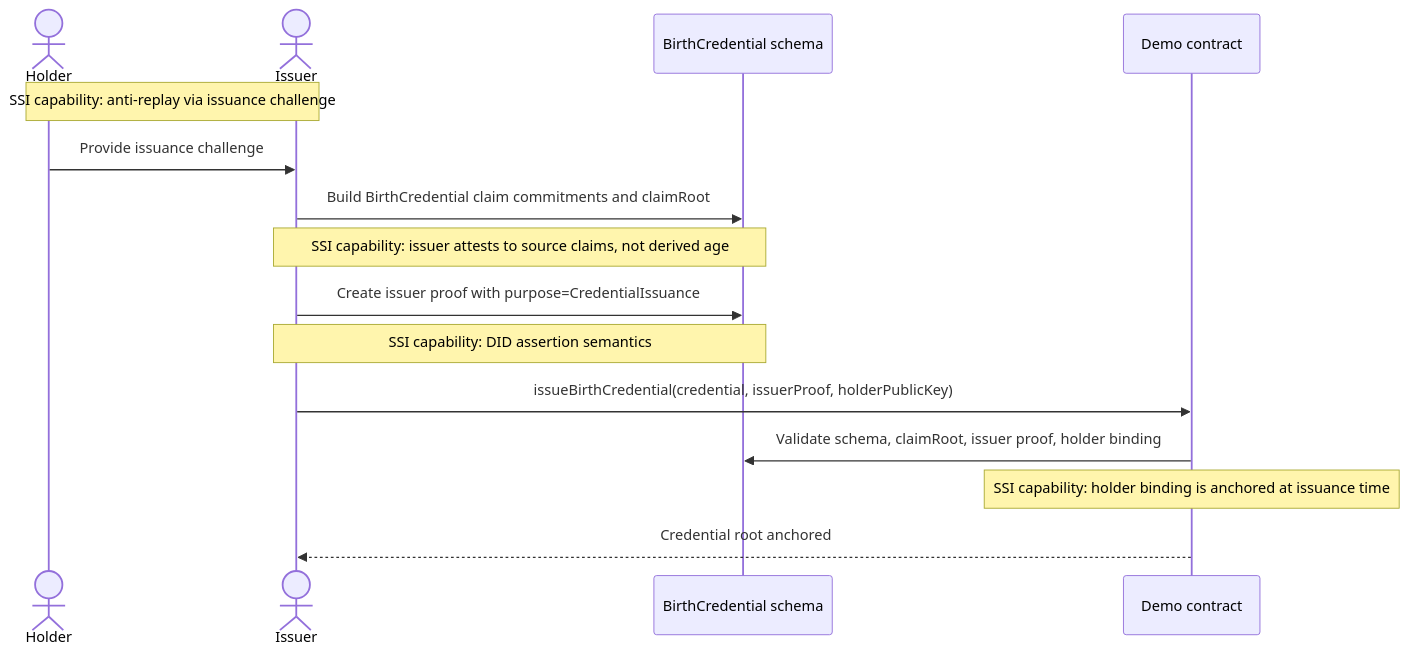
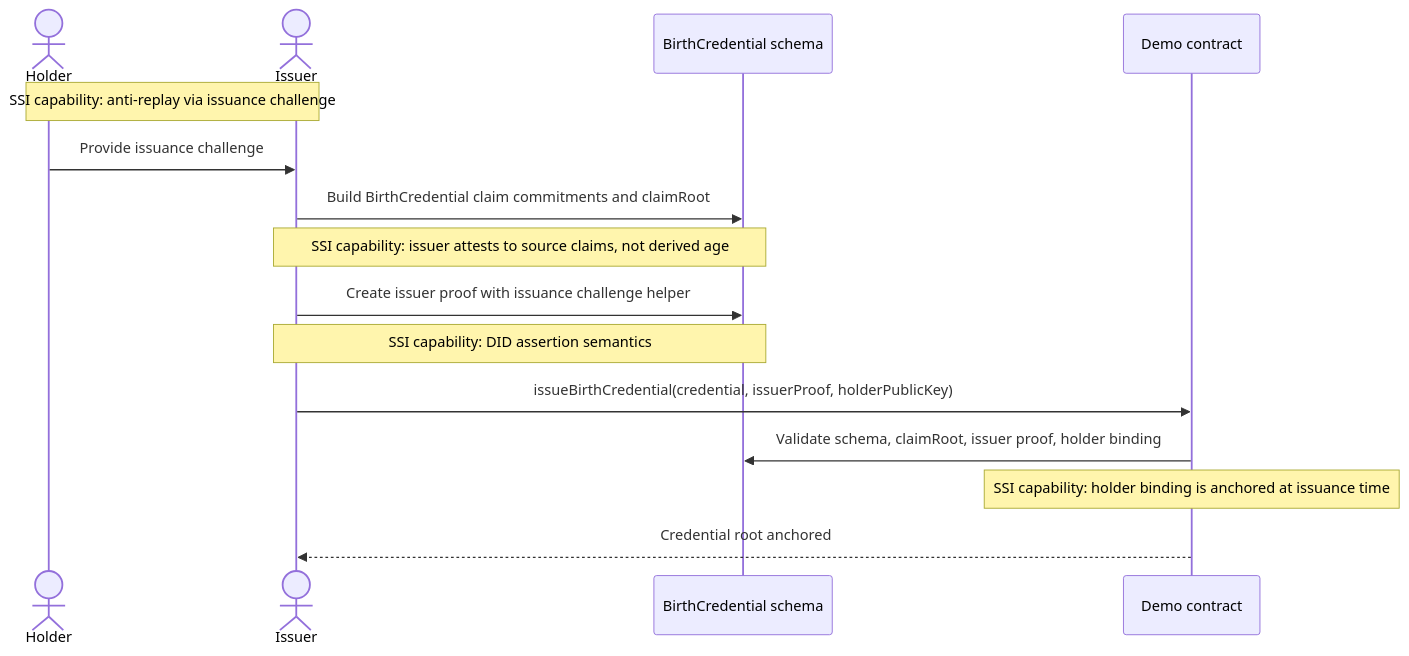
Before and after one commit to midnightntwrk/midnight-did: the first of 2 diagrams in research/midnight-vc-vp-frd-adr.md, drawn with Mermaid. The commit also changed other lines of this file and 24 other files, not shown here.

````diff
--- a/research/midnight-vc-vp-frd-adr.md
+++ b/research/midnight-vc-vp-frd-adr.md
@@ -169,18 +333,18 @@
 ```mermaid
 sequenceDiagram
     actor Holder
     actor Issuer
     participant Schema as BirthCredential schema
     participant Contract as Demo contract
 
     Note over Holder,Issuer: SSI capability: anti-replay via issuance challenge
     Holder->>Issuer: Provide issuance challenge
     Issuer->>Schema: Build BirthCredential claim commitments and claimRoot
     Note over Issuer,Schema: SSI capability: issuer attests to source claims, not derived age
-    Issuer->>Schema: Create issuer proof with purpose=CredentialIssuance
+    Issuer->>Schema: Create issuer proof with issuance challenge helper
     Note over Issuer,Schema: SSI capability: DID assertion semantics
     Issuer->>Contract: issueBirthCredential(credential, issuerProof, holderPublicKey)
     Contract->>Schema: Validate schema, claimRoot, issuer proof, holder binding
     Note over Contract: SSI capability: holder binding is anchored at issuance time
     Contract-->>Issuer: Credential root anchored
 ```
````
